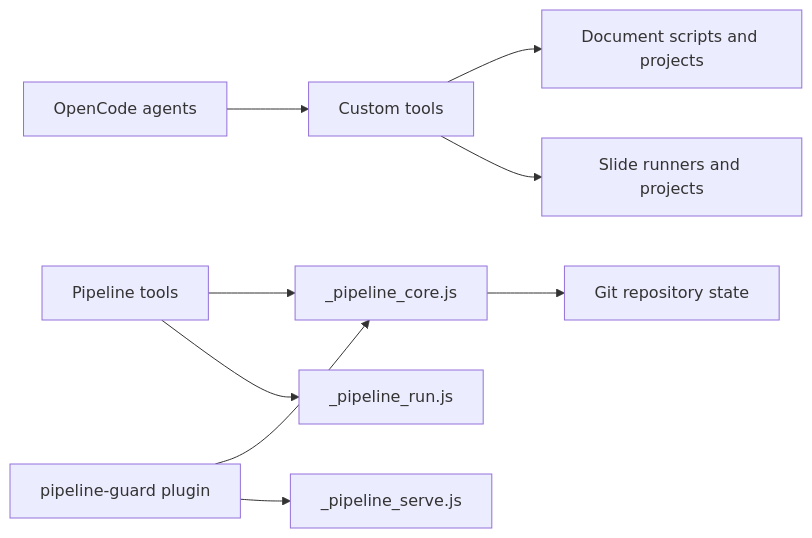
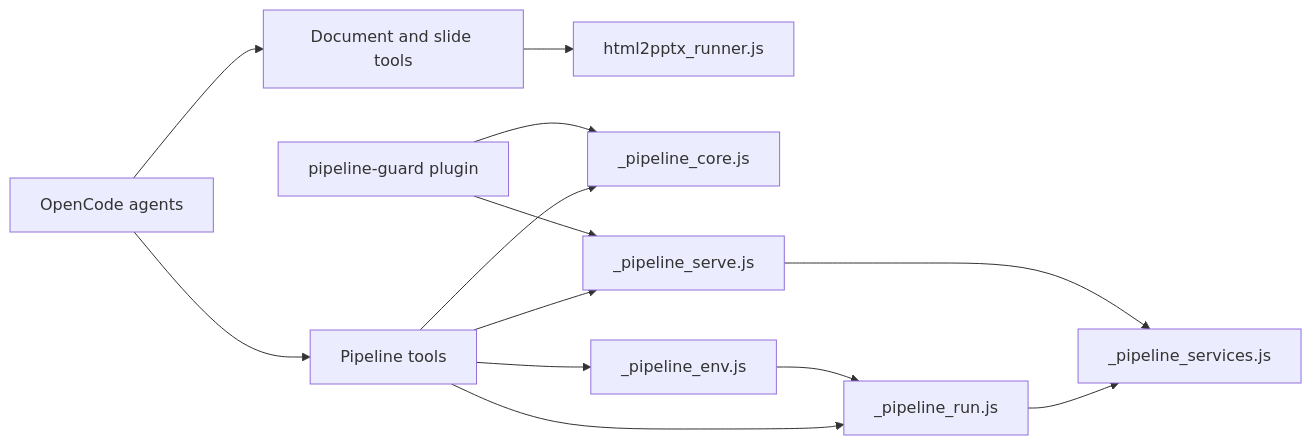
One commit to lorecanc/agents changed the diagram in wiki/modules/tools-and-plugins.md. Above: the diagram before and after it, drawn with Mermaid. The commit also changed other lines of this file and 33 other files, not shown here.

````diff
--- a/wiki/modules/tools-and-plugins.md
+++ b/wiki/modules/tools-and-plugins.md
@@ -88,11 +106,15 @@
 ```mermaid
 graph LR
-    Agents["OpenCode agents"] --> Tools["Custom tools"]
-    Tools --> Docs["Document scripts and projects"]
-    Tools --> Slides["Slide runners and projects"]
-    Pipeline["Pipeline tools"] --> Core["_pipeline_core.js"]
+    Agents["OpenCode agents"] --> Tools["Document and slide tools"]
+    Tools --> Slides["html2pptx_runner.js"]
+    Agents --> Pipeline["Pipeline tools"]
+    Pipeline --> Core["_pipeline_core.js"]
+    Pipeline --> Env["_pipeline_env.js"]
+    Pipeline --> Runner["_pipeline_run.js"]
+    Pipeline --> Serve["_pipeline_serve.js"]
+    Env --> Runner
+    Runner --> Services["_pipeline_services.js"]
+    Serve --> Services
     Guard["pipeline-guard plugin"] --> Core
-    Guard --> Service["_pipeline_serve.js"]
-    Pipeline --> Runner["_pipeline_run.js"]
-    Core --> Git["Git repository state"]
+    Guard --> Serve
 ```
````
